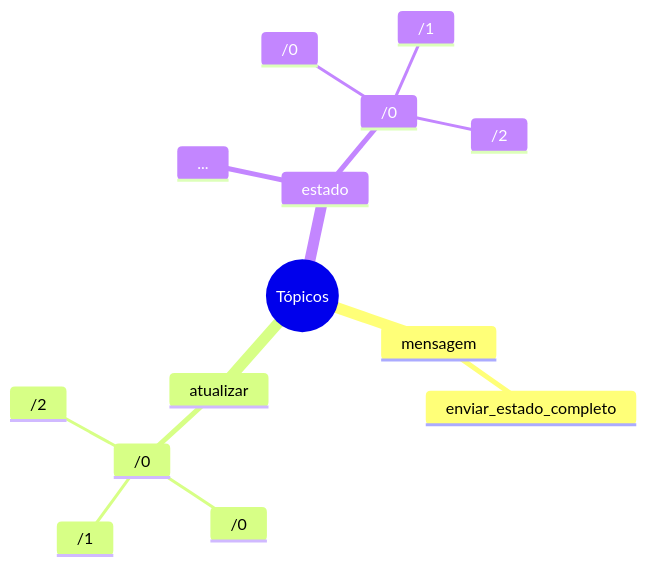
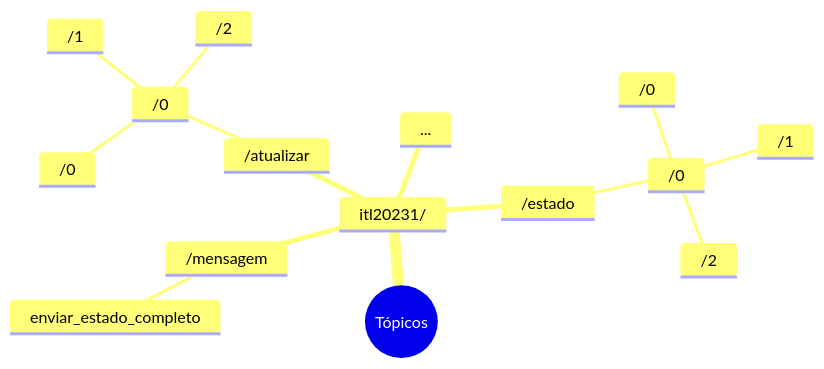
The first of 5 diagrams in projeto-da-disciplina.md (ederson-torresini/itl20231), drawn with Mermaid before and after one commit. The commit also changed other lines of this file and 2 other files, not shown here.

Commit message:
Adicionar prefixo itl20231 aos tópicos MQTT

````diff
--- a/projeto-da-disciplina.md
+++ b/projeto-da-disciplina.md
@@ -35,17 +35,18 @@
 ```mermaid
 mindmap
   root((Tópicos))
-    mensagem
-      enviar_estado_completo
-    atualizar
-      /0
+    itl20231/
+      /mensagem
+        enviar_estado_completo
+      /atualizar
         /0
-        /1
-        /2
-    estado
-      /0
+          /0
+          /1
+          /2
+      /estado
         /0
-        /1
-        /2
+          /0
+          /1
+          /2
       ...
 ```
````
